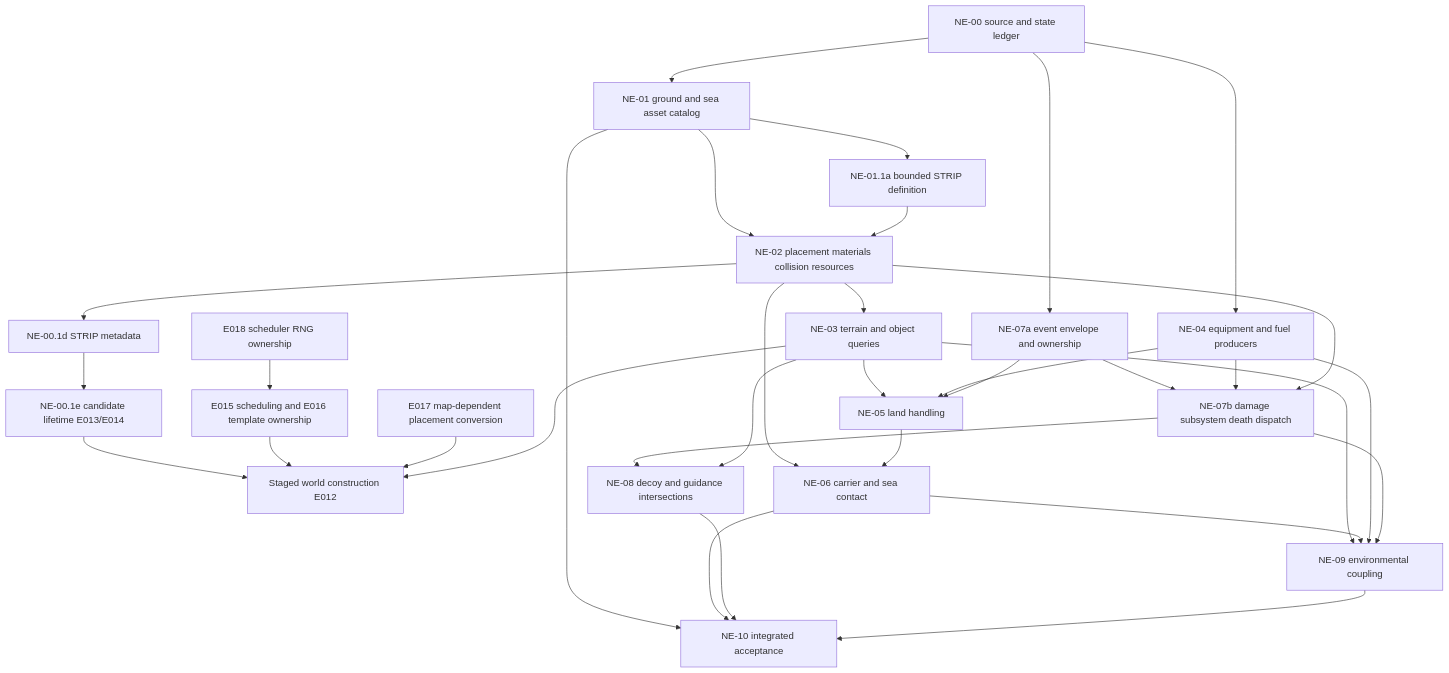
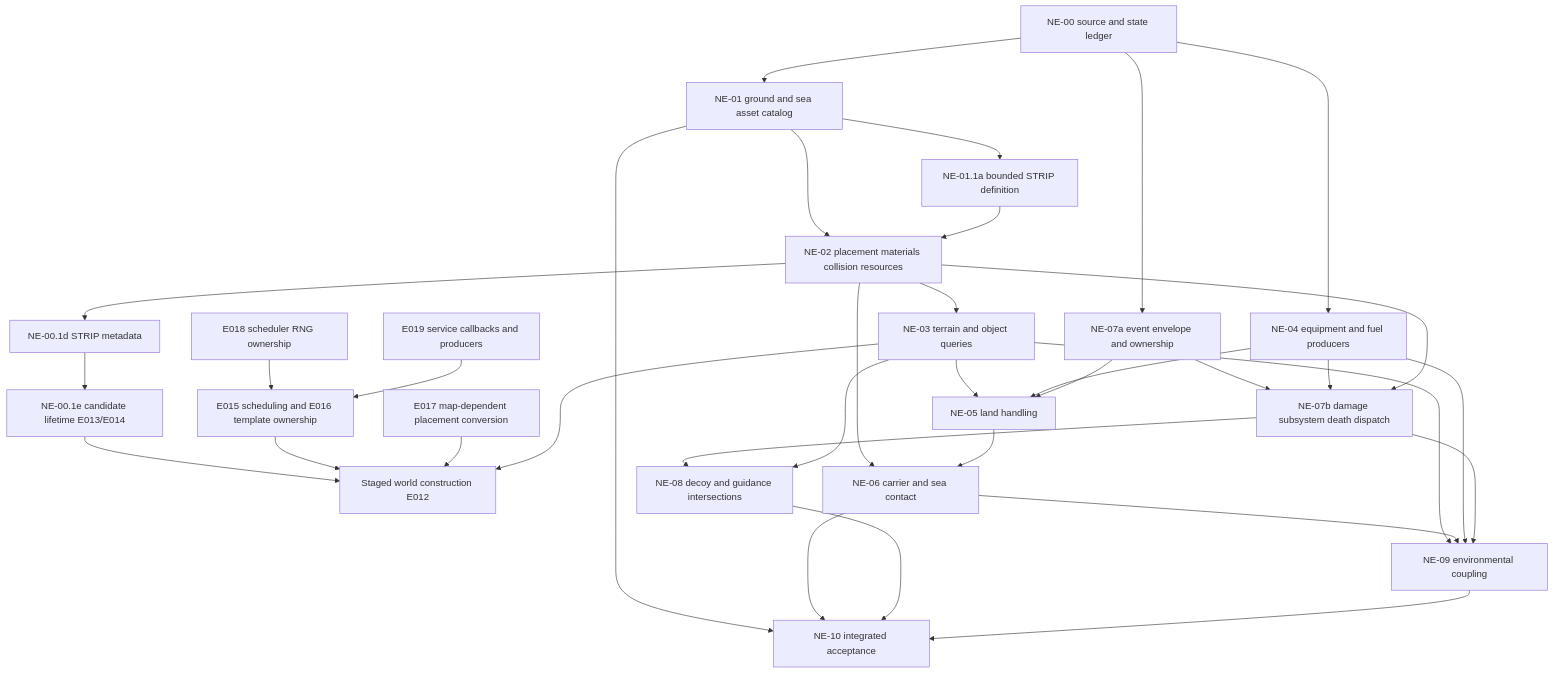
Before and after one commit to john-overton/T.O.R.E-Fighters: the diagram in docs/native-environment-systems-plan.md, drawn with Mermaid. The commit also changed other lines of this file and 5 other files, not shown here.

````diff
--- a/docs/native-environment-systems-plan.md
+++ b/docs/native-environment-systems-plan.md
@@ -165,35 +167,36 @@
 ```mermaid
 flowchart TD
   A[NE-00 source and state ledger] --> B[NE-01 ground and sea asset catalog]
   B --> C[NE-02 placement materials collision resources]
   B --> O[NE-01.1a bounded STRIP definition]
   O --> C
   C --> S[NE-00.1d STRIP metadata]
   S --> R[NE-00.1e candidate lifetime E013/E014]
   R --> W[Staged world construction E012]
   T[E015 scheduling and E016 template ownership] --> W
   U[E018 scheduler RNG ownership] --> T
+  P[E019 service callbacks and producers] --> T
   V[E017 map-dependent placement conversion] --> W
   F --> W
   A --> D[NE-04 equipment and fuel producers]
   A --> E[NE-07a event envelope and ownership]
   C --> F[NE-03 terrain and object queries]
   F --> G[NE-05 land handling]
   D --> G
   E --> G
   C --> H[NE-06 carrier and sea contact]
   G --> H
   E --> I[NE-07b damage subsystem death dispatch]
   D --> I
   C --> I
   I --> J[NE-08 decoy and guidance intersections]
   F --> J
   F --> K[NE-09 environmental coupling]
   H --> K
   D --> K
   I --> K
   B --> L[NE-10 integrated acceptance]
   H --> L
   J --> L
   K --> L
 ```
````
